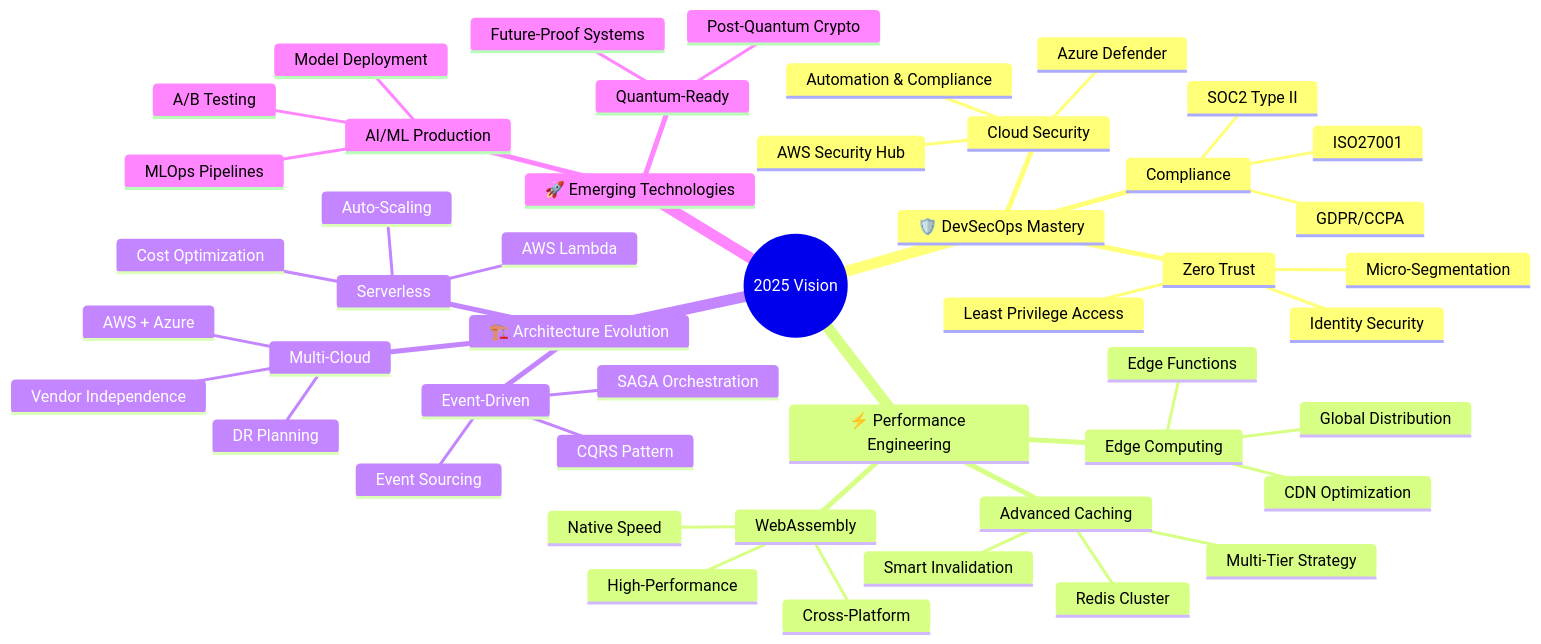
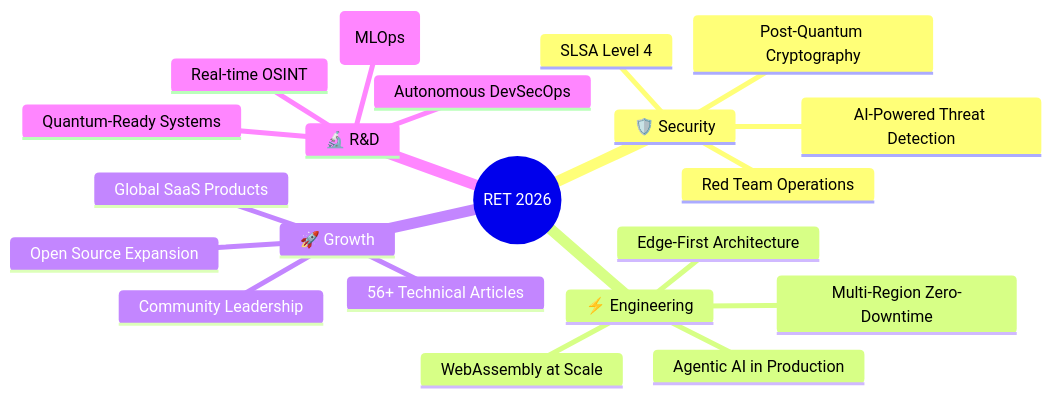
Before and after one commit to glferreira-devsecops/glferreira-devsecops: the diagram in README.md, drawn with Mermaid. The commit also changed other lines of this file, not shown here.

First line of the commit message:
feat: world-class 2026 GitHub profile README — Director-level positioning

````diff
--- a/README.md
+++ b/README.md
@@ -650,51 +325,24 @@
 ```mermaid
 mindmap
-  root((2025 Vision))
-    🛡️ DevSecOps Mastery
-      Cloud Security
-        AWS Security Hub
-        Azure Defender
-        Automation & Compliance
-      Zero Trust
-        Identity Security
-        Micro-Segmentation
-        Least Privilege Access
-      Compliance
-        SOC2 Type II
-        ISO27001
-        GDPR/CCPA
-    ⚡ Performance Engineering
-      Edge Computing
-        CDN Optimization
-        Edge Functions
-        Global Distribution
-      WebAssembly
-        High-Performance
-        Cross-Platform
-        Native Speed
-      Advanced Caching
-        Redis Cluster
-        Smart Invalidation
-        Multi-Tier Strategy
-    🏗️ Architecture Evolution
-      Event-Driven
-        Event Sourcing
-        CQRS Pattern
-        SAGA Orchestration
-      Serverless
-        AWS Lambda
-        Auto-Scaling
-        Cost Optimization
-      Multi-Cloud
-        AWS + Azure
-        DR Planning
-        Vendor Independence
-    🚀 Emerging Technologies
-      AI/ML Production
-        Model Deployment
-        MLOps Pipelines
-        A/B Testing
-      Quantum-Ready
-        Post-Quantum Crypto
-        Future-Proof Systems
+  root((RET 2026))
+    🛡️ Security
+      Red Team Operations
+      AI-Powered Threat Detection
+      Post-Quantum Cryptography
+      SLSA Level 4
+    ⚡ Engineering
+      Edge-First Architecture
+      WebAssembly at Scale
+      Agentic AI in Production
+      Multi-Region Zero-Downtime
+    🚀 Growth
+      Global SaaS Products
+      Open Source Expansion
+      56+ Technical Articles
+      Community Leadership
+    🔬 R&D
+      AI/ML Pipelines (MLOps)
+      Quantum-Ready Systems
+      Autonomous DevSecOps
+      Real-time OSINT
 ```
````
